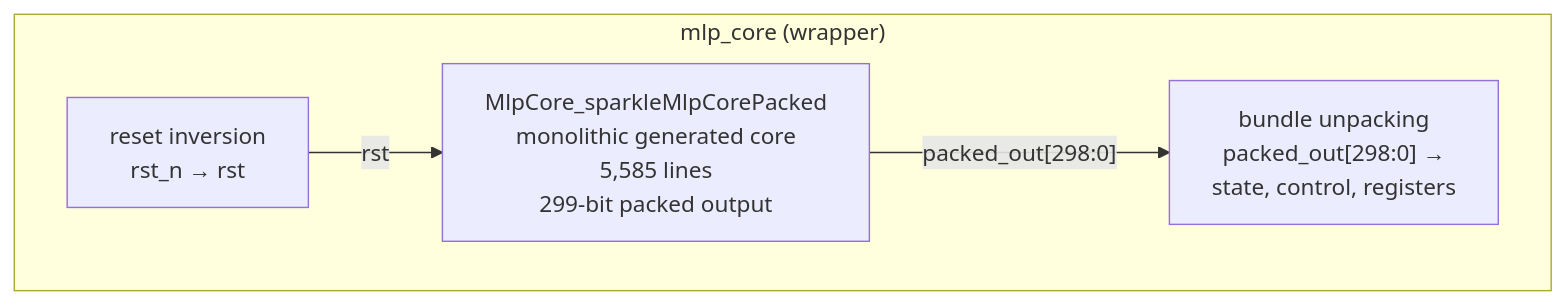
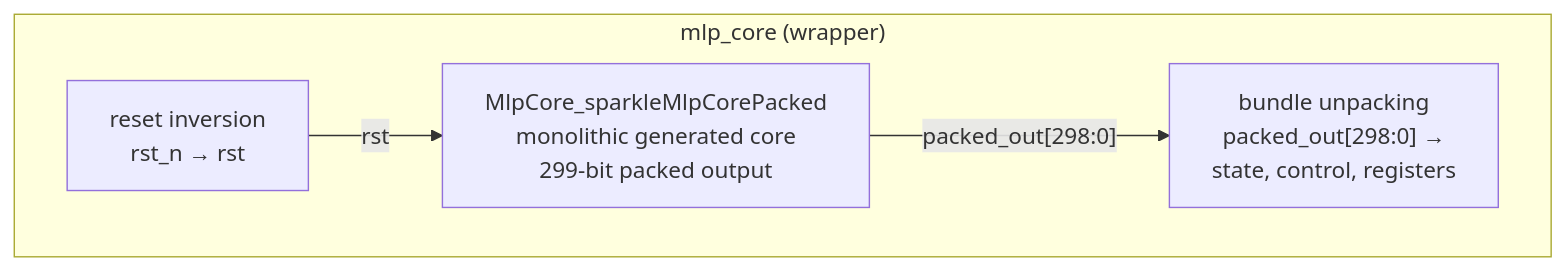
The tenth of 10 diagrams in docs/from-ann-to-proven-hardware.md (dfdgsdfg/ann-rtl-lean-poc), drawn with Mermaid before and after one commit. The commit also changed other lines of this file and 4 other files, not shown here.

````diff
--- a/docs/from-ann-to-proven-hardware.md
+++ b/docs/from-ann-to-proven-hardware.md
@@ -592,11 +593,11 @@
 ```mermaid
 graph TD
     subgraph mlp_core["mlp_core (wrapper)"]
         RST["reset inversion<br/>rst_n → rst"]
-        SPARKLE["MlpCore_sparkleMlpCorePacked<br/>monolithic generated core<br/>5,585 lines<br/>299-bit packed output"]
+        SPARKLE["MlpCore_sparkleMlpCorePacked<br/>monolithic generated core<br/>299-bit packed output"]
         UNPACK["bundle unpacking<br/>packed_out[298:0] →<br/>state, control, registers"]
 
         RST -->|"rst"| SPARKLE
         SPARKLE -->|"packed_out[298:0]"| UNPACK
     end
 ```
````
